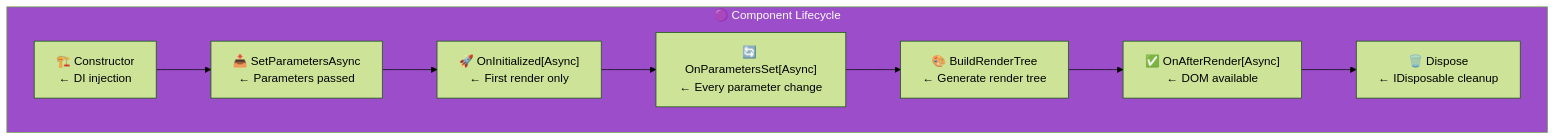
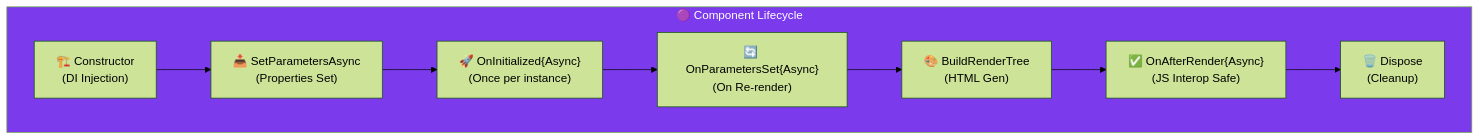
Before and after one commit to viktorrobin/bluerobin-blog: the diagram in src/content/blog/blazor-advanced-patterns-lifecycle.mdx, drawn with Mermaid (forest theme). The commit also changed other lines of this file and 127 other files, not shown here.

````diff
--- a/src/content/blog/blazor-advanced-patterns-lifecycle.mdx
+++ b/src/content/blog/blazor-advanced-patterns-lifecycle.mdx
@@ -24,13 +36,18 @@
 ```mermaid
 flowchart TB
     subgraph Lifecycle["🟣 Component Lifecycle"]
-        Constructor["🏗️ Constructor\n← DI injection"] --> SetParams["📥 SetParametersAsync\n← Parameters passed"]
-        SetParams --> Init["🚀 OnInitialized[Async]\n← First render only"]
-        Init --> ParamSet["🔄 OnParametersSet[Async]\n← Every parameter change"]
-        ParamSet --> Build["🎨 BuildRenderTree\n← Generate render tree"]
-        Build --> After["✅ OnAfterRender[Async]\n← DOM available"]
-        After --> Dispose["🗑️ Dispose\n← IDisposable cleanup"]
+        Constructor["🏗️ Constructor\n(DI Injection)"] --> SetParams["📥 SetParametersAsync\n(Properties Set)"]
+        SetParams --> Init["🚀 OnInitialized{Async}\n(Once per instance)"]
+        Init --> ParamSet["🔄 OnParametersSet{Async}\n(On Re-render)"]
+        ParamSet --> Build["🎨 BuildRenderTree\n(HTML Gen)"]
+        Build --> After["✅ OnAfterRender{Async}\n(JS Interop Safe)"]
+        After --> Dispose["🗑️ Dispose\n(Cleanup)"]
     end
 
-    style Lifecycle fill:#9b4dca,color:#fff
+    classDef primary fill:#7c3aed,color:#fff
+    classDef secondary fill:#06b6d4,color:#fff
+    classDef db fill:#f43f5e,color:#fff
+    classDef warning fill:#fbbf24,color:#000
+
+    class Lifecycle primary
 ```
````
